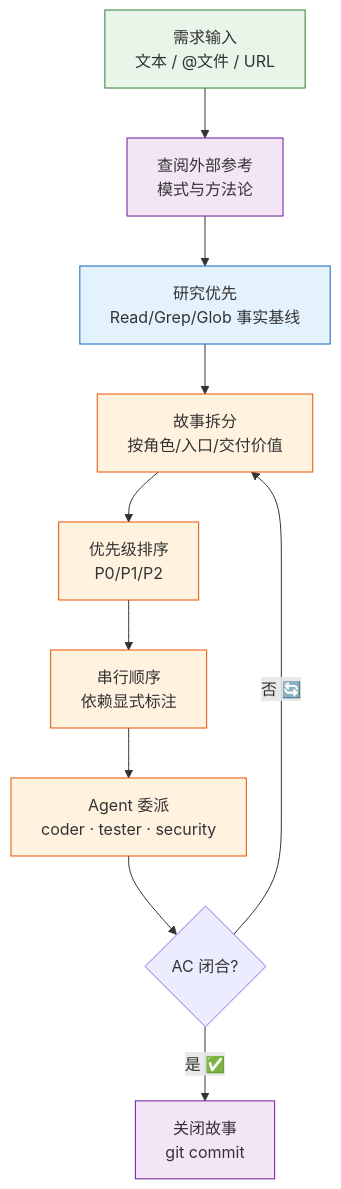
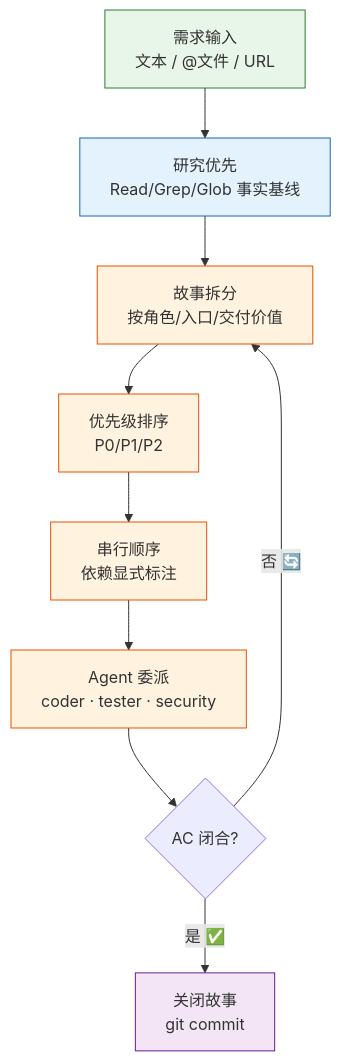
The first of 5 diagrams in agents/pm.md (effiy/YrY), drawn with Mermaid before and after one commit. The commit also changed other lines of this file and 50 other files, not shown here.

````diff
--- a/agents/pm.md
+++ b/agents/pm.md
@@ -13,18 +15,16 @@
 ```mermaid
 flowchart TB
-    REQ["需求输入<br/>文本 / @文件 / URL"]:::src --> REF["查阅外部参考<br/>模式与方法论"]:::ref
-    REF --> RS["研究优先<br/>Read/Grep/Glob 事实基线"]:::rs
+    REQ["需求输入<br/>文本 / @文件 / URL"]:::src --> RS["研究优先<br/>Read/Grep/Glob 事实基线"]:::rs
     RS --> SPLIT["故事拆分<br/>按角色/入口/交付价值"]:::pm
     SPLIT --> PRI["优先级排序<br/>P0/P1/P2"]:::pm
     PRI --> SEQ["串行顺序<br/>依赖显式标注"]:::pm
     SEQ --> DEL["Agent 委派<br/>coder · tester · security"]:::pm
     DEL --> AC{"AC 闭合?"}
     AC -->|"否 🔄"| SPLIT
     AC -->|"是 ✅"| CLOSE["关闭故事<br/>git commit"]:::done
 
     classDef src fill:#e8f5e9,stroke:#2e7d32;
-    classDef ref fill:#f3e5f5,stroke:#6a1b9a;
     classDef rs fill:#e3f2fd,stroke:#1565c0;
     classDef pm fill:#fff3e0,stroke:#e65100;
     classDef done fill:#f3e5f5,stroke:#6a1b9a;
 ```
````
